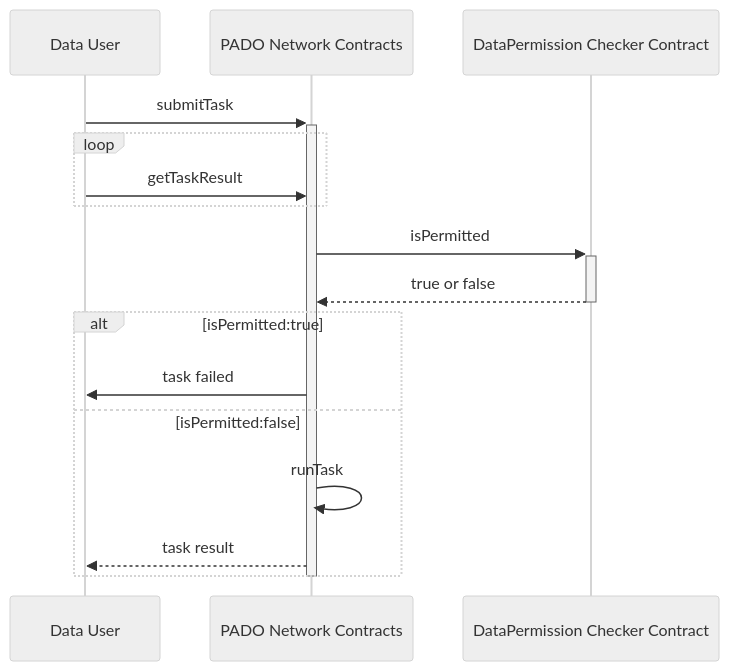
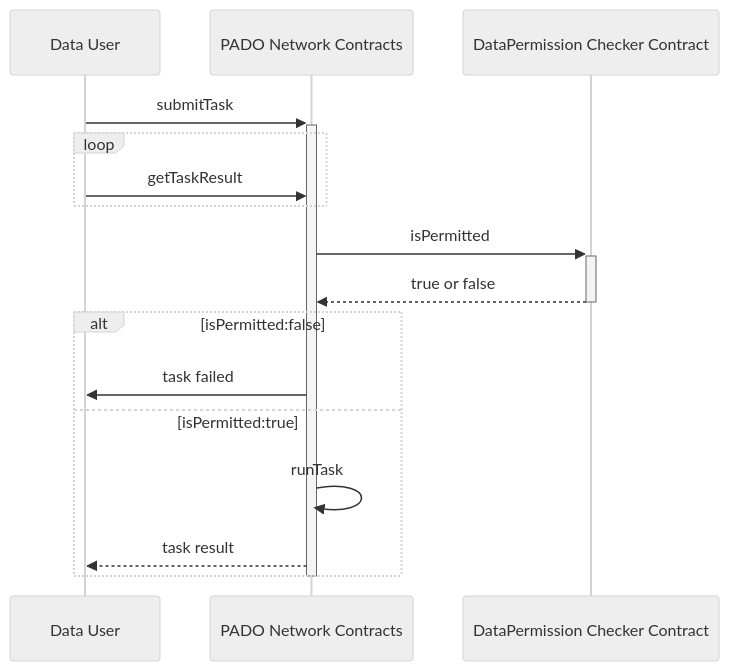
Before and after one commit to xudean/pado-network-sdk: the diagram in README.md, drawn with Mermaid (neutral theme).

Commit message:
update sequenceDiagram

````diff
--- a/README.md
+++ b/README.md
@@ -343,18 +343,18 @@
 ```mermaid
 sequenceDiagram
     Data User->>+PADO Network Contracts: submitTask
     loop
        Data User->>PADO Network Contracts: getTaskResult
     end
     PADO Network Contracts->>+DataPermission Checker Contract: isPermitted
     DataPermission Checker Contract-->>PADO Network Contracts: true or false
     deactivate DataPermission Checker Contract
-    alt isPermitted:true
+    alt isPermitted:false
         PADO Network Contracts->>Data User: task failed
-    else isPermitted:false
+    else isPermitted:true
         PADO Network Contracts->>PADO Network Contracts: runTask
         PADO Network Contracts-->>Data User: task result
     end
 
     deactivate PADO Network Contracts
 ```
````
